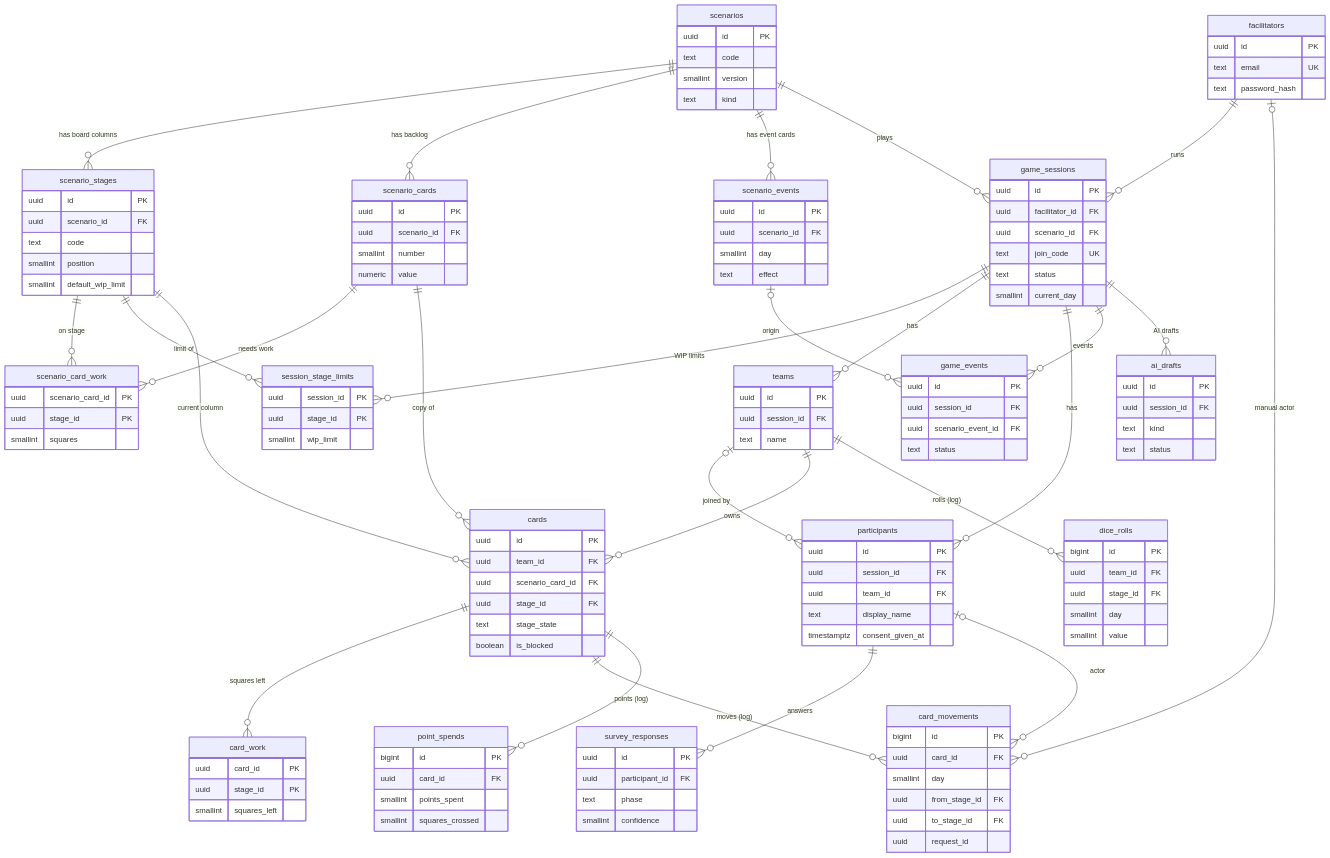
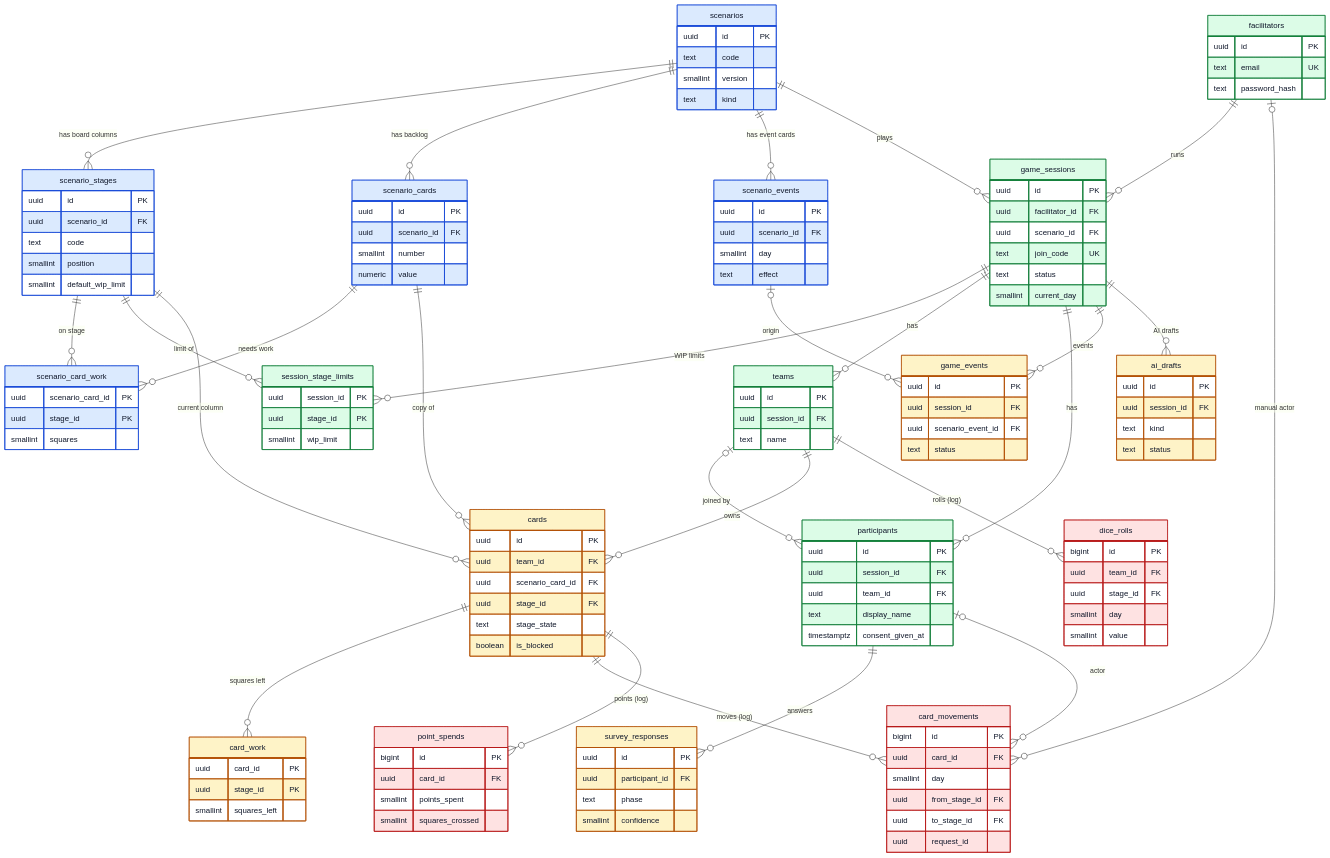
Before and after one commit to LeonidMotolko/agilesim: the diagram in docs/er-diagram.mmd, drawn with Mermaid. The commit also changed 8 other files, not shown here.

```diff
--- a/docs/er-diagram.mmd
+++ b/docs/er-diagram.mmd
@@ -1,139 +1,149 @@
 erDiagram
     scenarios ||--o{ scenario_stages : "has board columns"
     scenarios ||--o{ scenario_cards : "has backlog"
     scenarios ||--o{ scenario_events : "has event cards"
     scenario_cards ||--o{ scenario_card_work : "needs work"
     scenario_stages ||--o{ scenario_card_work : "on stage"
     facilitators ||--o{ game_sessions : "runs"
     scenarios ||--o{ game_sessions : "plays"
     game_sessions ||--o{ session_stage_limits : "WIP limits"
     scenario_stages ||--o{ session_stage_limits : "limit of"
     game_sessions ||--o{ teams : "has"
     game_sessions ||--o{ participants : "has"
     teams |o--o{ participants : "joined by"
     game_sessions ||--o{ game_events : "events"
     scenario_events |o--o{ game_events : "origin"
     game_sessions ||--o{ ai_drafts : "AI drafts"
     participants ||--o{ survey_responses : "answers"
     teams ||--o{ cards : "owns"
     scenario_cards ||--o{ cards : "copy of"
     scenario_stages ||--o{ cards : "current column"
     cards ||--o{ card_work : "squares left"
     cards ||--o{ card_movements : "moves (log)"
     cards ||--o{ point_spends : "points (log)"
     teams ||--o{ dice_rolls : "rolls (log)"
     participants |o--o{ card_movements : "actor"
     facilitators |o--o{ card_movements : "manual actor"
 
     facilitators {
         uuid id PK
         text email UK
         text password_hash
     }
     scenarios {
         uuid id PK
         text code
         smallint version
         text kind
     }
     scenario_stages {
         uuid id PK
         uuid scenario_id FK
         text code
         smallint position
         smallint default_wip_limit
     }
     scenario_cards {
         uuid id PK
         uuid scenario_id FK
         smallint number
         numeric value
     }
     scenario_card_work {
         uuid scenario_card_id PK
         uuid stage_id PK
         smallint squares
     }
     scenario_events {
         uuid id PK
         uuid scenario_id FK
         smallint day
         text effect
     }
     game_sessions {
         uuid id PK
         uuid facilitator_id FK
         uuid scenario_id FK
         text join_code UK
         text status
         smallint current_day
     }
     session_stage_limits {
         uuid session_id PK
         uuid stage_id PK
         smallint wip_limit
     }
     teams {
         uuid id PK
         uuid session_id FK
         text name
     }
     participants {
         uuid id PK
         uuid session_id FK
         uuid team_id FK
         text display_name
         timestamptz consent_given_at
     }
     cards {
         uuid id PK
         uuid team_id FK
         uuid scenario_card_id FK
         uuid stage_id FK
         text stage_state
         boolean is_blocked
     }
     card_work {
         uuid card_id PK
         uuid stage_id PK
         smallint squares_left
     }
     game_events {
         uuid id PK
         uuid session_id FK
         uuid scenario_event_id FK
         text status
     }
     survey_responses {
         uuid id PK
         uuid participant_id FK
         text phase
         smallint confidence
     }
     ai_drafts {
         uuid id PK
         uuid session_id FK
         text kind
         text status
     }
     card_movements {
         bigint id PK
         uuid card_id FK
         smallint day
         uuid from_stage_id FK
         uuid to_stage_id FK
         uuid request_id
     }
     dice_rolls {
         bigint id PK
         uuid team_id FK
         uuid stage_id FK
         smallint day
         smallint value
     }
     point_spends {
         bigint id PK
         uuid card_id FK
         smallint points_spent
         smallint squares_crossed
     }
+
+    %% Colour = block of the schema (see docs/database.md)
+    classDef catalogue fill:#dbeafe,stroke:#1d4ed8,color:#0f172a
+    classDef accounts fill:#dcfce7,stroke:#15803d,color:#0f172a
+    classDef state fill:#fef3c7,stroke:#b45309,color:#0f172a
+    classDef logs fill:#fee2e2,stroke:#b91c1c,color:#0f172a
+    class scenarios,scenario_stages,scenario_cards,scenario_card_work,scenario_events catalogue
+    class facilitators,game_sessions,session_stage_limits,teams,participants accounts
+    class cards,card_work,game_events,survey_responses,ai_drafts state
+    class card_movements,dice_rolls,point_spends logs
```
